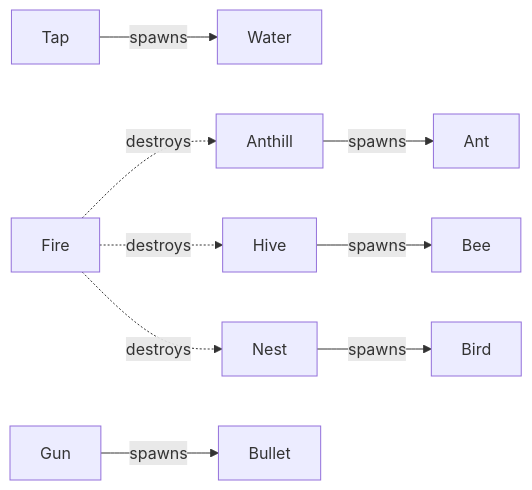
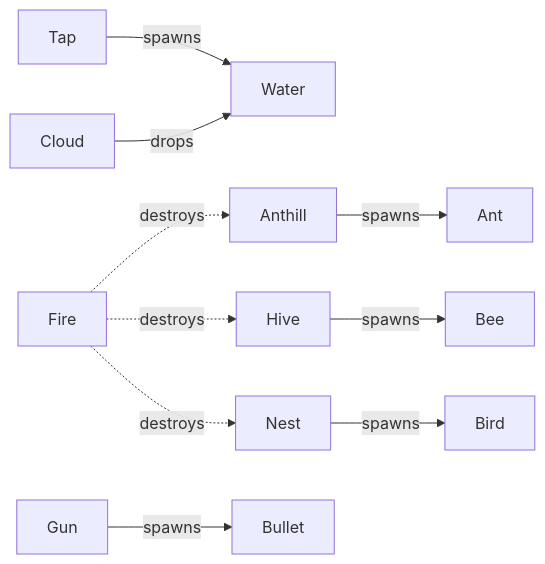
Before and after one commit to VoX/ai-sand-fork: the third of 5 diagrams in README.md, drawn with Mermaid. The commit also changed other lines of this file and 4 other files, not shown here.

First line of the commit message:
Add cloud particle that floats and drops water

````diff
--- a/README.md
+++ b/README.md
@@ -181,11 +182,12 @@
 ```mermaid
 flowchart LR
     Tap[Tap] -->|spawns| Water[Water]
+    Cloud[Cloud] -->|drops| Water
     Anthill[Anthill] -->|spawns| Ant[Ant]
     Hive[Hive] -->|spawns| Bee[Bee]
     Nest[Nest] -->|spawns| Bird[Bird]
     Gun[Gun] -->|spawns| Bullet[Bullet]
     Fire[Fire] -.->|destroys| Anthill
     Fire -.->|destroys| Hive
     Fire -.->|destroys| Nest
 ```
````
